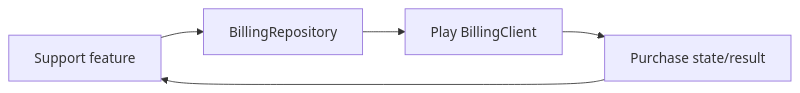
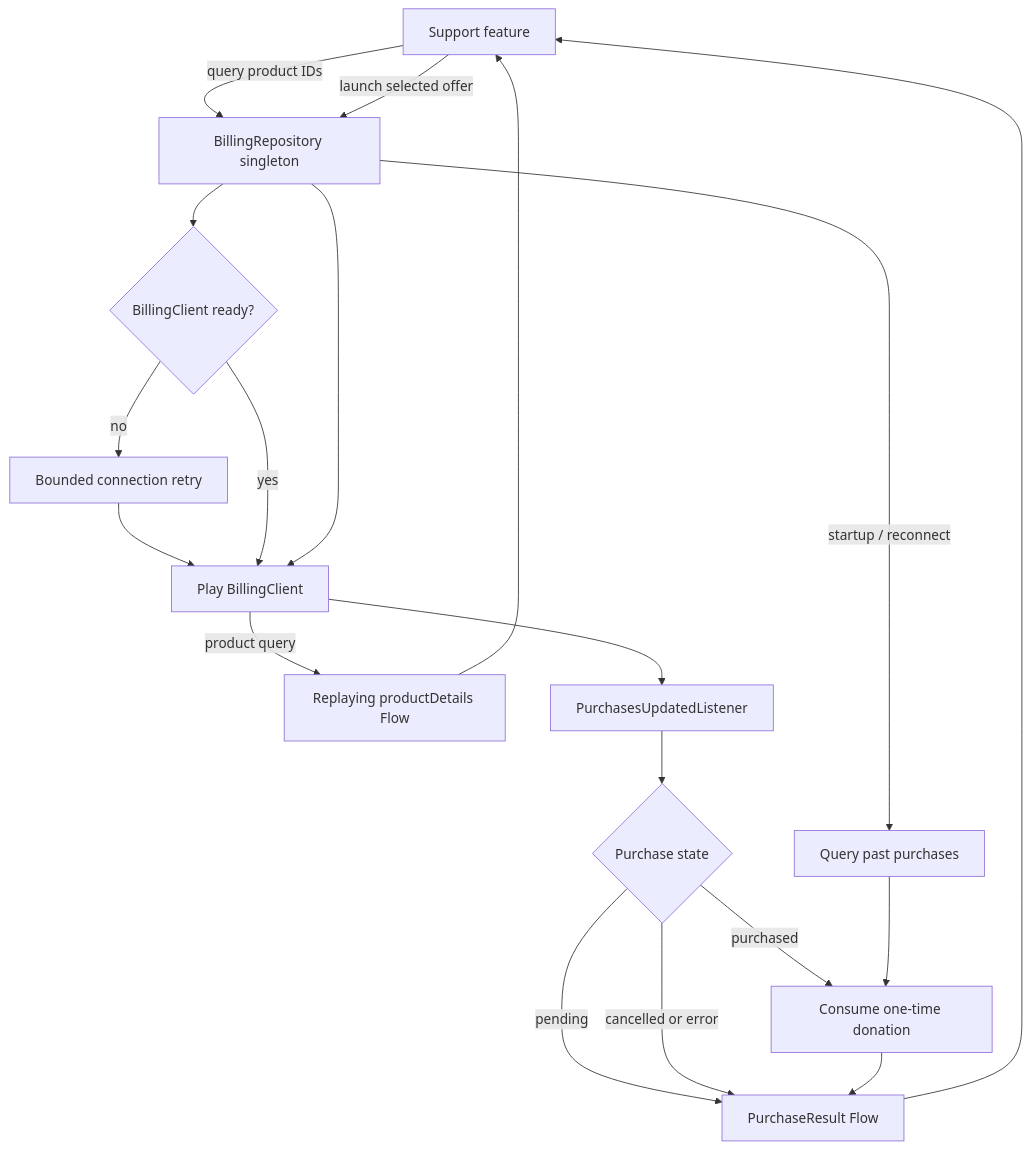
The diagram in library/integration/billing/README.md (MihaiCristianCondrea/App-Toolkit-for-Android), drawn with Mermaid before and after one commit. The commit also changed other lines of this file and 57 other files, not shown here.

````diff
--- a/library/integration/billing/README.md
+++ b/library/integration/billing/README.md
@@ -32,7 +32,21 @@
 ```mermaid
-flowchart LR
-    Support[Support feature] --> Repo[BillingRepository]
-    Repo --> Client[Play BillingClient]
-    Client --> Result[Purchase state/result]
-    Result --> Support
+flowchart TD
+    Feature[Support feature] -->|query product IDs| Repo[BillingRepository singleton]
+    Repo --> Connection{BillingClient ready?}
+    Connection -->|no| Retry[Bounded connection retry]
+    Retry --> Client[Play BillingClient]
+    Connection -->|yes| Client
+    Client -->|product query| Details[Replaying productDetails Flow]
+    Details --> Feature
+    Feature -->|launch selected offer| Repo
+    Repo --> Client
+    Client --> Callback[PurchasesUpdatedListener]
+    Callback --> State{Purchase state}
+    State -->|purchased| Consume[Consume one-time donation]
+    State -->|pending| Result[PurchaseResult Flow]
+    State -->|cancelled or error| Result
+    Consume --> Result
+    Repo -->|startup / reconnect| Past[Query past purchases]
+    Past --> Consume
+    Result --> Feature
 ```
````
